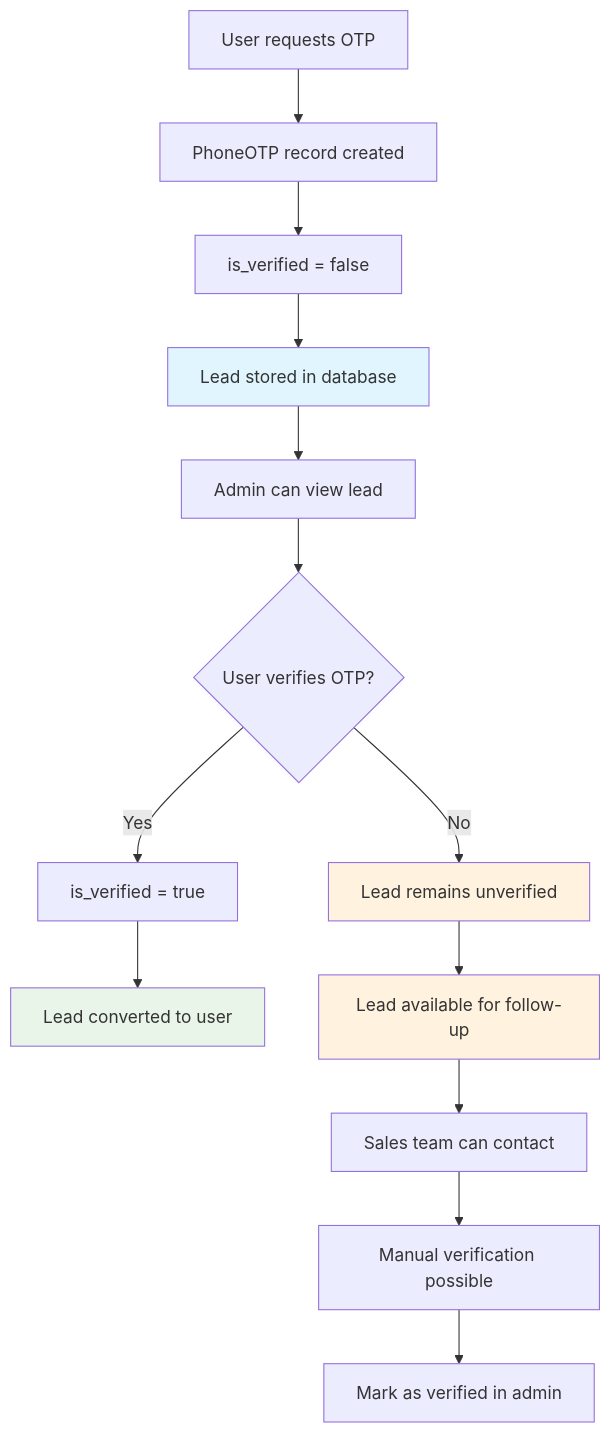
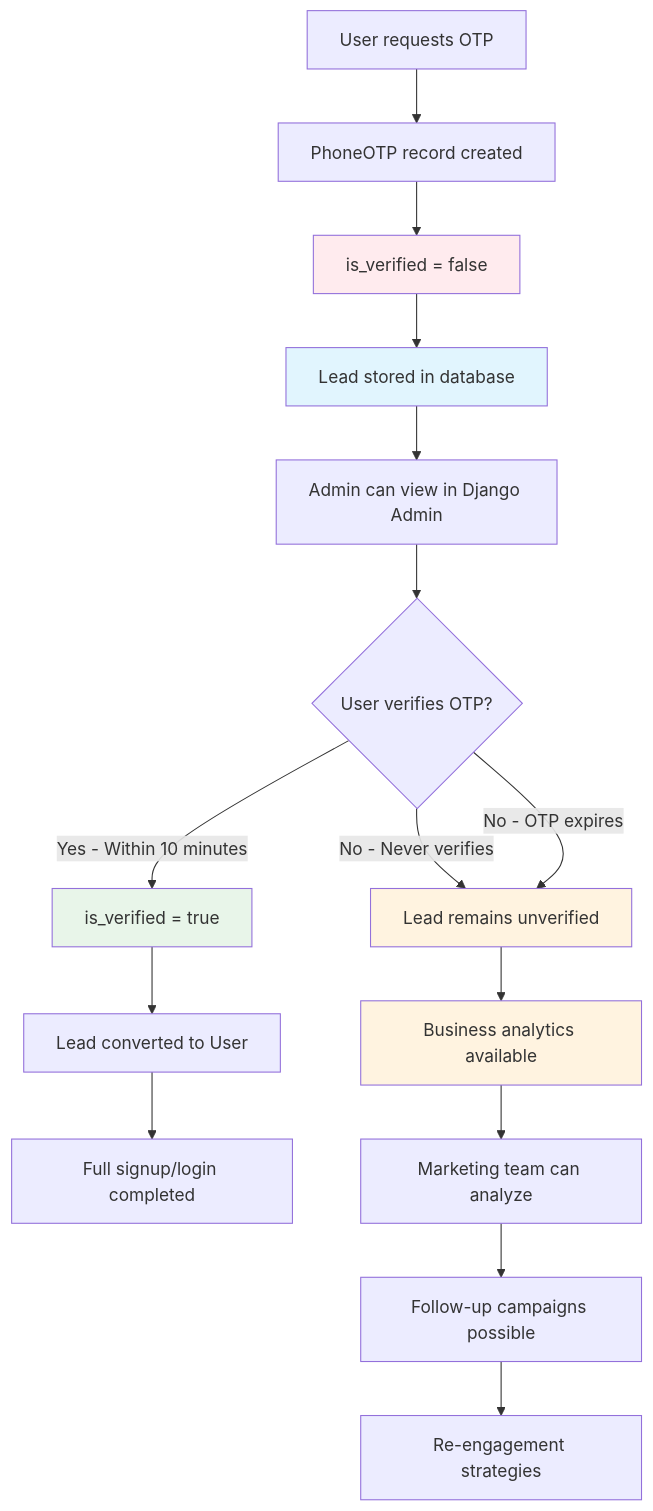
One commit to LOOPINX-CIRCLE/LoopinBackend changed the fifth of 5 diagrams in PHONE_AUTHENTICATION.md. Above: the diagram before and after it, drawn with Mermaid. The commit also changed other lines of this file and 2 other files, not shown here.

First line of the commit message:
feat: Update validation requirements and implement unified auth flow

````diff
--- a/PHONE_AUTHENTICATION.md
+++ b/PHONE_AUTHENTICATION.md
@@ -204,20 +496,26 @@
 ```mermaid
 graph TD
     A[User requests OTP] --> B[PhoneOTP record created]
     B --> C[is_verified = false]
     C --> D[Lead stored in database]
-    D --> E[Admin can view lead]
+    D --> E[Admin can view in Django Admin]
     E --> F{User verifies OTP?}
-    F -->|Yes| G[is_verified = true]
-    F -->|No| H[Lead remains unverified]
-    G --> I[Lead converted to user]
-    H --> J[Lead available for follow-up]
-    J --> K[Sales team can contact]
-    K --> L[Manual verification possible]
-    L --> M[Mark as verified in admin]
     
+    F -->|Yes - Within 10 minutes| G[is_verified = true]
+    F -->|No - Never verifies| H[Lead remains unverified]
+    F -->|No - OTP expires| H
+    
+    G --> I[Lead converted to User]
+    I --> J[Full signup/login completed]
+    
+    H --> K[Business analytics available]
+    K --> L[Marketing team can analyze]
+    L --> M[Follow-up campaigns possible]
+    M --> N[Re-engagement strategies]
+    
+    style C fill:#ffebee
     style D fill:#e1f5fe
+    style G fill:#e8f5e9
     style H fill:#fff3e0
-    style I fill:#e8f5e8
-    style J fill:#fff3e0
+    style K fill:#fff3e0
 ```
````
